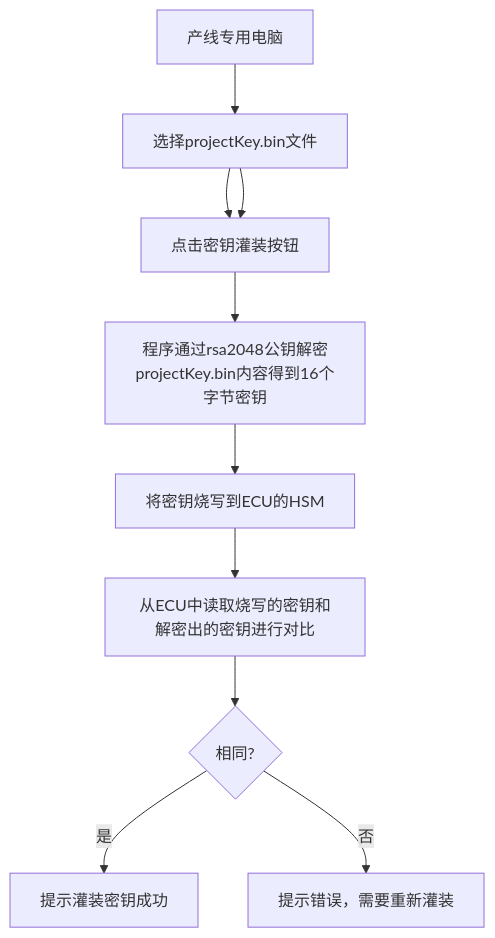
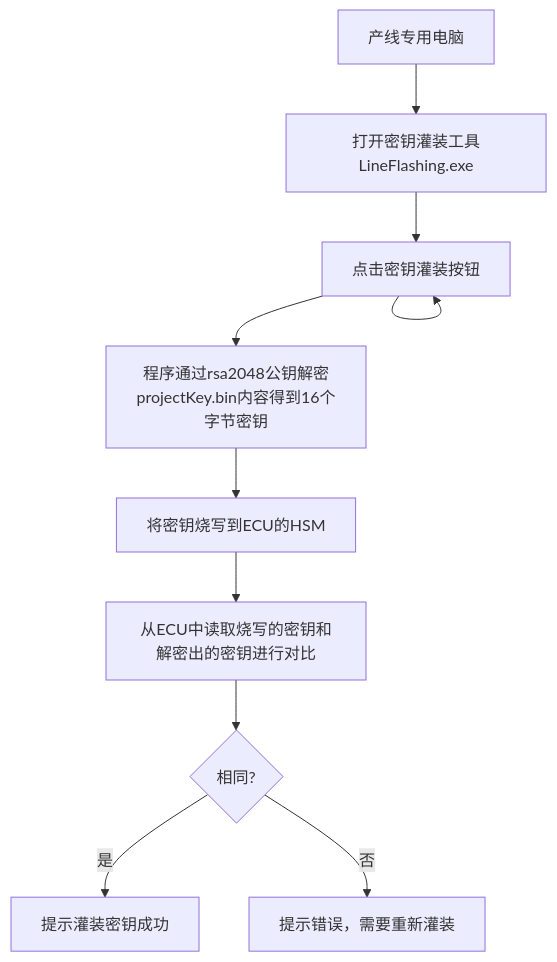
Before and after one commit to facebook-cloud/iodraw-files: the diagram in all/未命名-5.md, drawn with Mermaid.

Commit message:
2026-01-05 17:39:19 update

````diff
--- a/all/未命名-5.md
+++ b/all/未命名-5.md
@@ -1,13 +1,13 @@
 ```mermaid
 graph TD
-    A[产线专用电脑] --> B[选择projectKey.bin文件]
+    A[产线专用电脑] --> B[打开密钥灌装工具LineFlashing.exe]
     B --> C[选择projectKey.bin文件]
-    B --> C[点击密钥灌装按钮]
+    C --> C[点击密钥灌装按钮]
     C --> E[程序通过rsa2048公钥解密projectKey.bin内容得到16个字节密钥]
     E --> F[将密钥烧写到ECU的HSM]
     F --> G[从ECU中读取烧写的密钥和解密出的密钥进行对比]
     G --> J{相同?}
     J -- 是 --> K[提示灌装密钥成功]
     J -- 否 --> L[提示错误，需要重新灌装]
 
 ```
````
